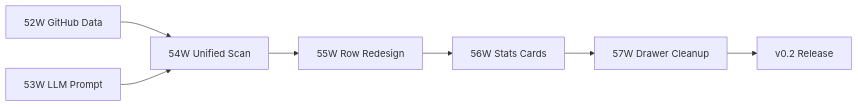
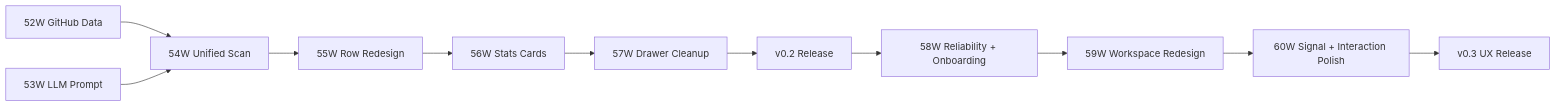
The diagram in docs/internal/IMPLEMENTATION_PLAN.md (eeshansrivastava89/sidequests), drawn with Mermaid before and after one commit. The commit also changed other lines of this file and 10 other files, not shown here.

Commit message:
feat: improve onboarding/refresh UX and add release-check workflow

````diff
--- a/docs/internal/IMPLEMENTATION_PLAN.md
+++ b/docs/internal/IMPLEMENTATION_PLAN.md
@@ -131,9 +210,13 @@
 ```mermaid
 flowchart LR
   A[52W GitHub Data] --> C[54W Unified Scan]
   B[53W LLM Prompt] --> C
   C --> D[55W Row Redesign]
   D --> E[56W Stats Cards]
   E --> F[57W Drawer Cleanup]
   F --> G[v0.2 Release]
+  G --> H[58W Reliability + Onboarding]
+  H --> I[59W Workspace Redesign]
+  I --> J[60W Signal + Interaction Polish]
+  J --> K[v0.3 UX Release]
 ```
````
